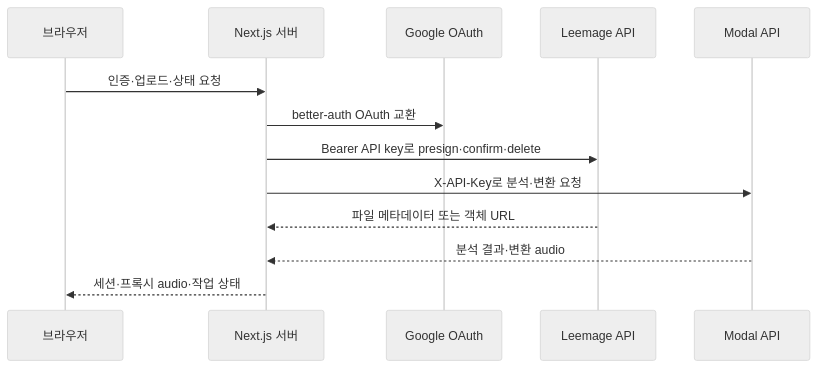
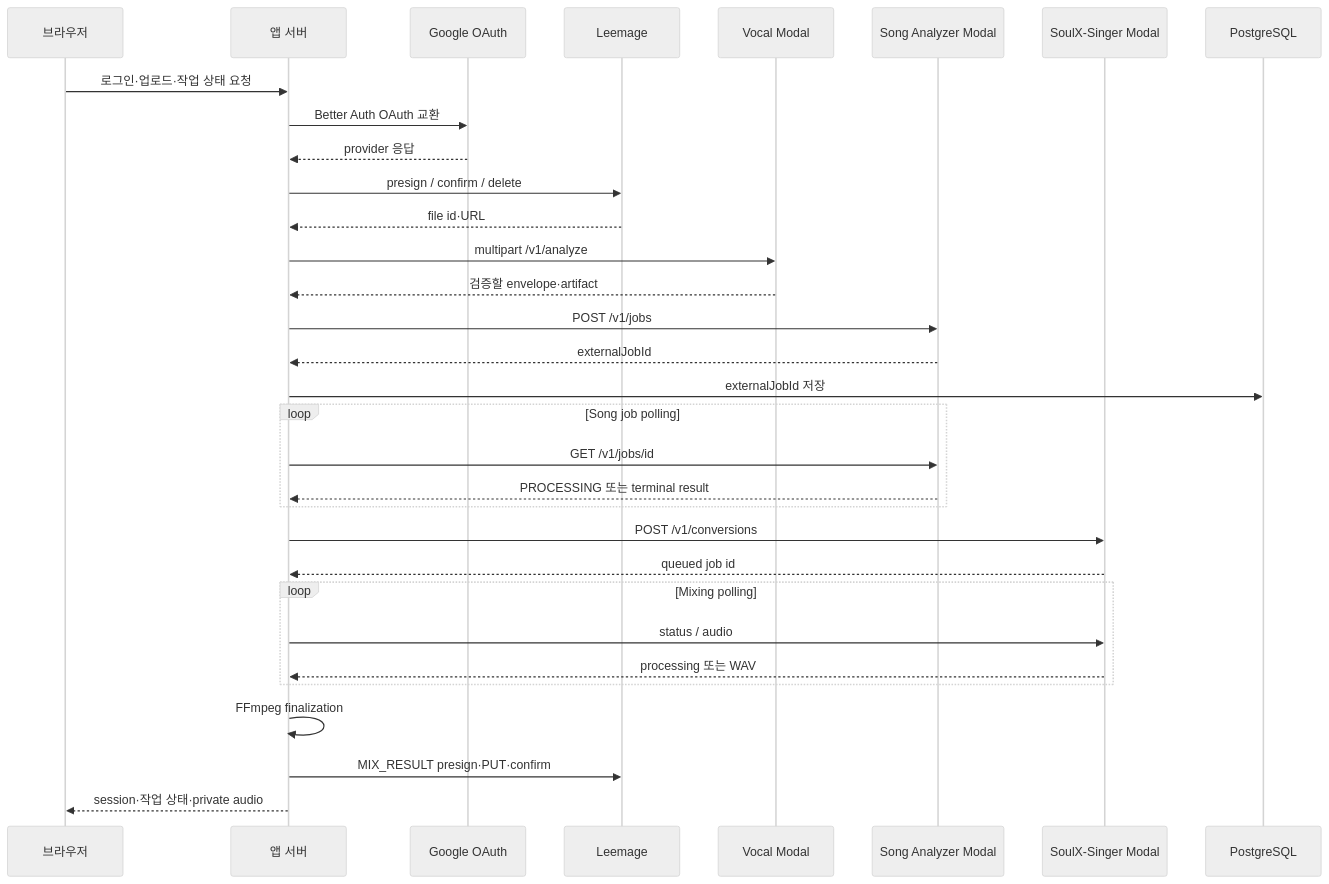
Before and after one commit to leey00nsu/copy-singer: the first of 4 diagrams in openwiki/integrations/external-services.md, drawn with Mermaid (neutral theme). The commit also changed other lines of this file and 40 other files, not shown here.

````diff
--- a/openwiki/integrations/external-services.md
+++ b/openwiki/integrations/external-services.md
@@ -53,15 +64,34 @@
 ```mermaid
 sequenceDiagram
     participant Browser as 브라우저
-    participant App as Next.js 서버
-    participant Google as Google OAuth
-    participant Leemage as Leemage API
-    participant Modal as Modal API
-    Browser->>App: 인증·업로드·상태 요청
-    App->>Google: better-auth OAuth 교환
-    App->>Leemage: Bearer API key로 presign·confirm·delete
-    App->>Modal: X-API-Key로 분석·변환 요청
-    Leemage-->>App: 파일 메타데이터 또는 객체 URL
-    Modal-->>App: 분석 결과·변환 audio
-    App-->>Browser: 세션·프록시 audio·작업 상태
+    participant App as 앱 서버
+    participant OAuth as Google OAuth
+    participant Store as Leemage
+    participant Vocal as Vocal Modal
+    participant Song as Song Analyzer Modal
+    participant SoulX as SoulX-Singer Modal
+    participant DB as PostgreSQL
+    Browser->>App: 로그인·업로드·작업 상태 요청
+    App->>OAuth: Better Auth OAuth 교환
+    OAuth-->>App: provider 응답
+    App->>Store: presign / confirm / delete
+    Store-->>App: file id·URL
+    App->>Vocal: multipart /v1/analyze
+    Vocal-->>App: 검증할 envelope·artifact
+    App->>Song: POST /v1/jobs
+    Song-->>App: externalJobId
+    App->>DB: externalJobId 저장
+    loop Song job polling
+        App->>Song: GET /v1/jobs/id
+        Song-->>App: PROCESSING 또는 terminal result
+    end
+    App->>SoulX: POST /v1/conversions
+    SoulX-->>App: queued job id
+    loop Mixing polling
+        App->>SoulX: status / audio
+        SoulX-->>App: processing 또는 WAV
+    end
+    App->>App: FFmpeg finalization
+    App->>Store: MIX_RESULT presign·PUT·confirm
+    App-->>Browser: session·작업 상태·private audio
 ```
````
